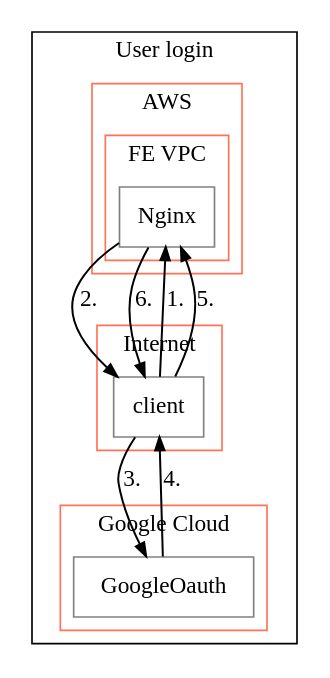
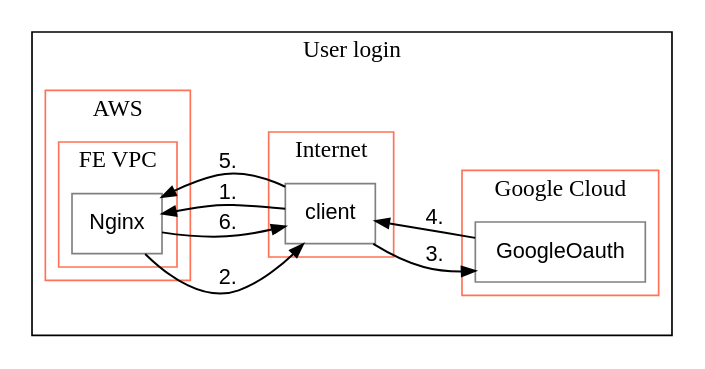
One commit to hyakuhei/ltm changed the diagram in examples/output/User login.dot. Above: the diagram before and after it, drawn with Graphviz. The commit also changed 9 other files, not shown here.

```diff
--- a/examples/output/User login.dot
+++ b/examples/output/User login.dot
@@ -1,32 +1,33 @@
 digraph G {
 compound=true;
+rankdir="LR"
     subgraph cluster1 {
     label="User login";
     color="Black";
         subgraph cluster2 {
         label="AWS";
         color="Coral1";
             subgraph cluster3 {
             label="FE VPC";
             color="Coral1";
-                node4 [label="Nginx" shape="box", margin="0.1", color="Grey"];
+                node4 [label="Nginx" shape="box", margin="0.1", color="Grey", fontsize="13", fontname="Helvetica"];
             }
         }
         subgraph cluster5 {
         label="Internet";
         color="Coral1";
-            node6 [label="client" shape="box", margin="0.1", color="Grey"];
+            node6 [label="client" shape="box", margin="0.1", color="Grey", fontsize="13", fontname="Helvetica"];
         }
         subgraph cluster7 {
         label="Google Cloud";
         color="Coral1";
-            node8 [label="GoogleOauth" shape="box", margin="0.1", color="Grey"];
+            node8 [label="GoogleOauth" shape="box", margin="0.1", color="Grey", fontsize="13", fontname="Helvetica"];
         }
     }
-node6->node4 [label="1." fontsize="14",penwidth="1.2",arrowsize="0.8"];
-node4->node6 [label="2." fontsize="14",penwidth="1.2",arrowsize="0.8"];
-node6->node8 [label="3." fontsize="14",penwidth="1.2",arrowsize="0.8"];
-node8->node6 [label="4." fontsize="14",penwidth="1.2",arrowsize="0.8"];
-node6->node4 [label="5." fontsize="14",penwidth="1.2",arrowsize="0.8"];
-node4->node6 [label="6." fontsize="14",penwidth="1.2",arrowsize="0.8"];
+node6->node4 [label="1." fontsize="13", penwidth="1.2", arrowsize="0.8", fontname="Helvetica"];
+node4->node6 [label="2." fontsize="13", penwidth="1.2", arrowsize="0.8", fontname="Helvetica"];
+node6->node8 [label="3." fontsize="13", penwidth="1.2", arrowsize="0.8", fontname="Helvetica"];
+node8->node6 [label="4." fontsize="13", penwidth="1.2", arrowsize="0.8", fontname="Helvetica"];
+node6->node4 [label="5." fontsize="13", penwidth="1.2", arrowsize="0.8", fontname="Helvetica"];
+node4->node6 [label="6." fontsize="13", penwidth="1.2", arrowsize="0.8", fontname="Helvetica"];
 }
```
